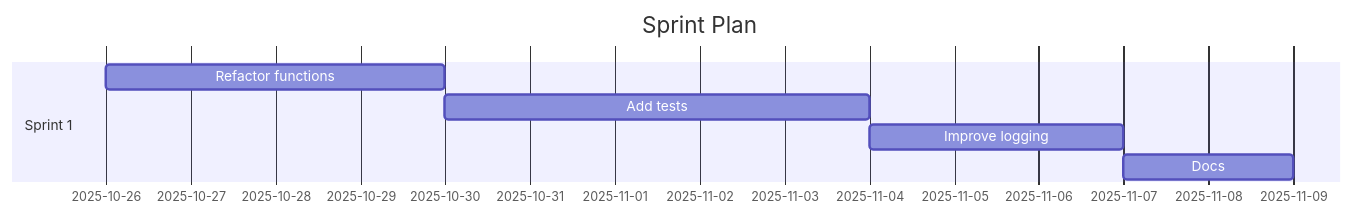
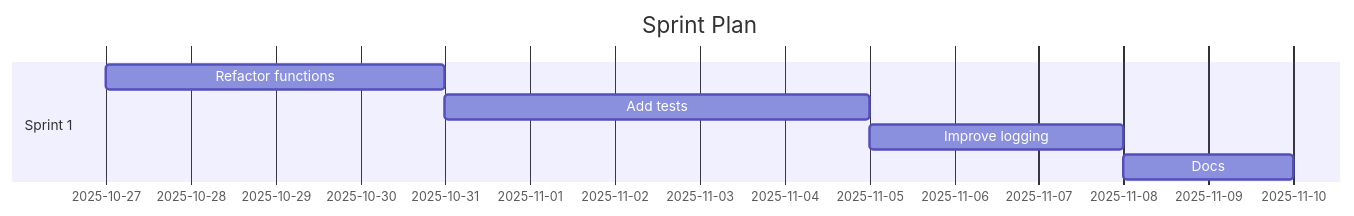
The diagram in demos/demo-code-analysis.sprint.md (Anselmoo/mcp-ai-agent-guidelines), drawn with Mermaid before and after one commit. The commit also changed other lines of this file and 14 other files, not shown here.

````diff
--- a/demos/demo-code-analysis.sprint.md
+++ b/demos/demo-code-analysis.sprint.md
@@ -59,11 +59,11 @@
 ```mermaid
 gantt
 	dateFormat  YYYY-MM-DD
 	title Sprint Plan
 %% Accessibility: Title=Project Sprint Plan; Description=Gantt chart of sprints and tasks over time. %%
   section Sprint 1
-  Refactor functions :s1t0, 2025-10-26, 4d
-  Add tests :s1t1, 2025-10-30, 5d
-  Improve logging :s1t2, 2025-11-04, 3d
-  Docs :s1t3, 2025-11-07, 2d
+  Refactor functions :s1t0, 2025-10-27, 4d
+  Add tests :s1t1, 2025-10-31, 5d
+  Improve logging :s1t2, 2025-11-05, 3d
+  Docs :s1t3, 2025-11-08, 2d
 ```
````
